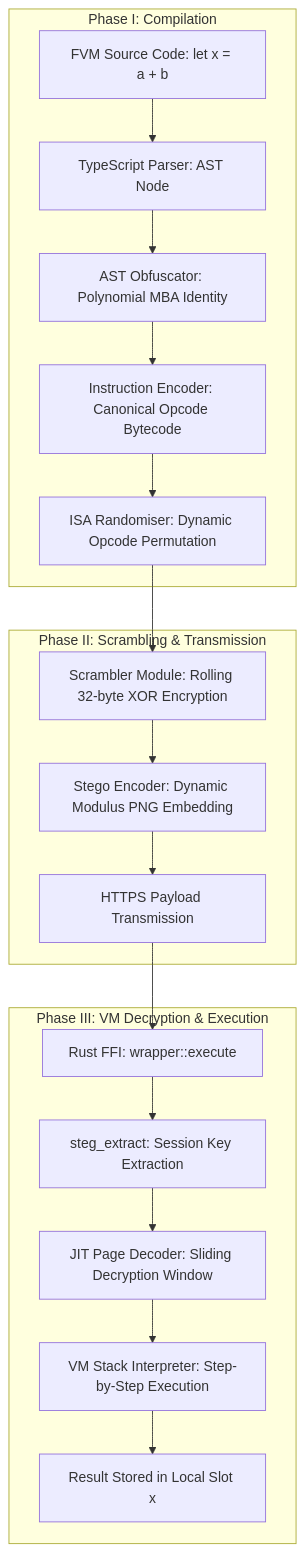
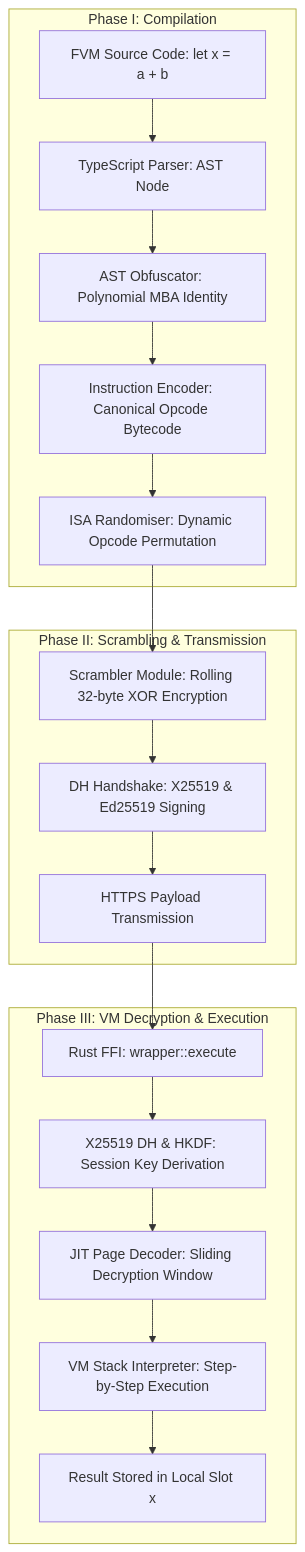
The fifth of 5 diagrams in ARCHITECTURE.md (lkeld/fortress-wasm), drawn with Mermaid before and after one commit. The commit also changed other lines of this file and 40 other files, not shown here.

````diff
--- a/ARCHITECTURE.md
+++ b/ARCHITECTURE.md
@@ -97,23 +97,23 @@
 ```mermaid
 flowchart TD
     subgraph "Phase I: Compilation"
         A["FVM Source Code: let x = a + b"] --> B["TypeScript Parser: AST Node"]
         B --> C["AST Obfuscator: Polynomial MBA Identity"]
         C --> D["Instruction Encoder: Canonical Opcode Bytecode"]
         D --> E["ISA Randomiser: Dynamic Opcode Permutation"]
     end
 
     subgraph "Phase II: Scrambling & Transmission"
         E --> F["Scrambler Module: Rolling 32-byte XOR Encryption"]
-        F --> G["Stego Encoder: Dynamic Modulus PNG Embedding"]
+        F --> G["DH Handshake: X25519 & Ed25519 Signing"]
         G --> H["HTTPS Payload Transmission"]
     end
 
     subgraph "Phase III: VM Decryption & Execution"
         H --> I["Rust FFI: wrapper::execute"]
-        I --> J["steg_extract: Session Key Extraction"]
+        I --> J["X25519 DH & HKDF: Session Key Derivation"]
         J --> K["JIT Page Decoder: Sliding Decryption Window"]
         K --> L["VM Stack Interpreter: Step-by-Step Execution"]
         L --> M["Result Stored in Local Slot x"]
     end
 ```
````
